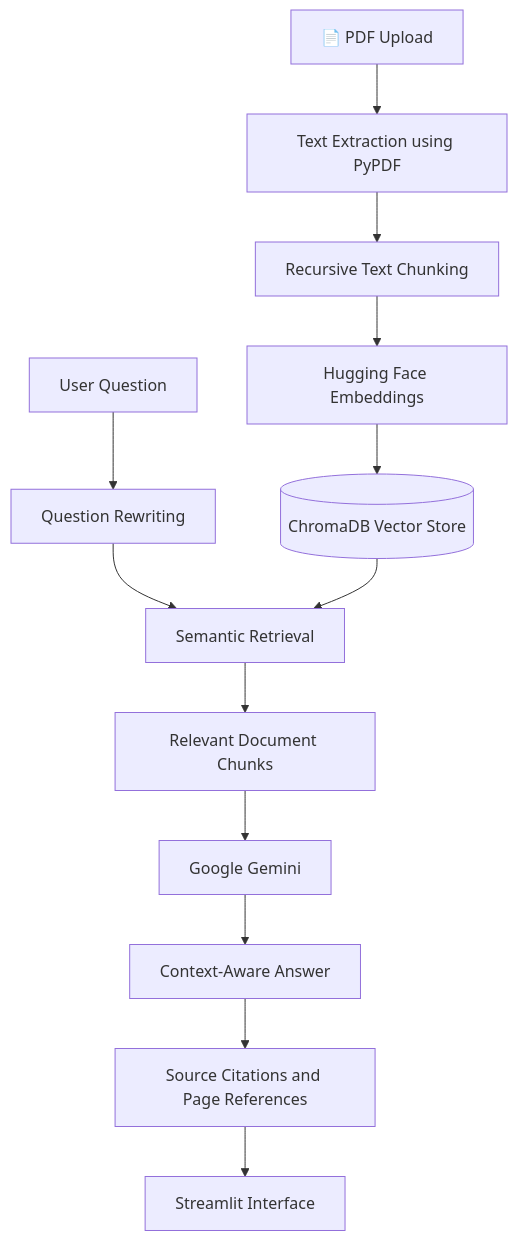
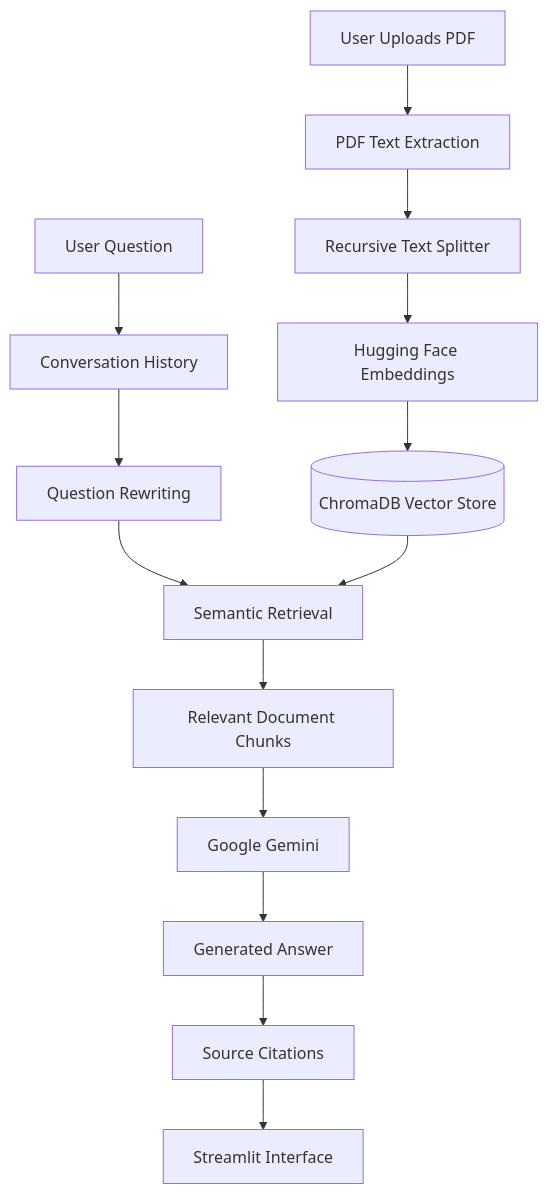
One commit to devanshikhandelwal/DocuMind changed the first of 2 diagrams in README.md. Above: the diagram before and after it, drawn with Mermaid. The commit also changed other lines of this file, not shown here.

````diff
--- a/README.md
+++ b/README.md
@@ -53,16 +248,18 @@
 ```mermaid
 flowchart TD
-    A["📄 PDF Upload"] --> B["Text Extraction using PyPDF"]
-    B --> C["Recursive Text Chunking"]
+    A["User Uploads PDF"] --> B["PDF Text Extraction"]
+    B --> C["Recursive Text Splitter"]
     C --> D["Hugging Face Embeddings"]
     D --> E[("ChromaDB Vector Store")]
 
-    F["User Question"] --> G["Question Rewriting"]
-    G --> H["Semantic Retrieval"]
-    E --> H
-    H --> I["Relevant Document Chunks"]
-    I --> J["Google Gemini"]
-    J --> K["Context-Aware Answer"]
-    K --> L["Source Citations and Page References"]
-    L --> M["Streamlit Interface"]
+    F["User Question"] --> G["Conversation History"]
+    G --> H["Question Rewriting"]
+    H --> I["Semantic Retrieval"]
+
+    E --> I
+    I --> J["Relevant Document Chunks"]
+    J --> K["Google Gemini"]
+    K --> L["Generated Answer"]
+    L --> M["Source Citations"]
+    M --> N["Streamlit Interface"]
 ```
````
